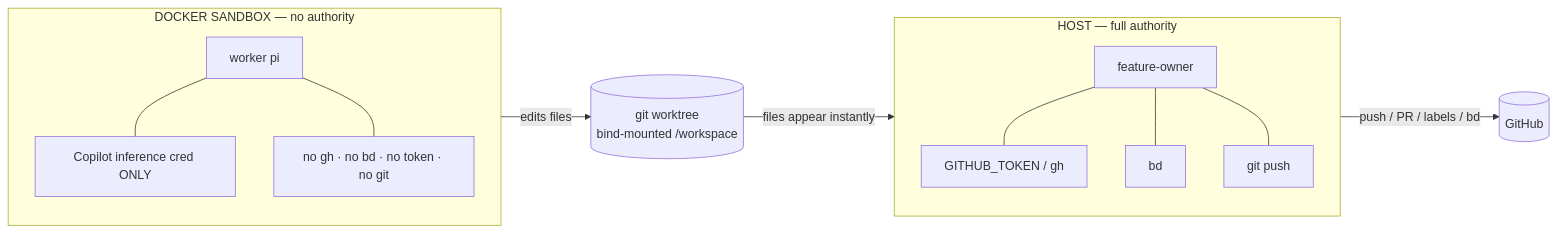
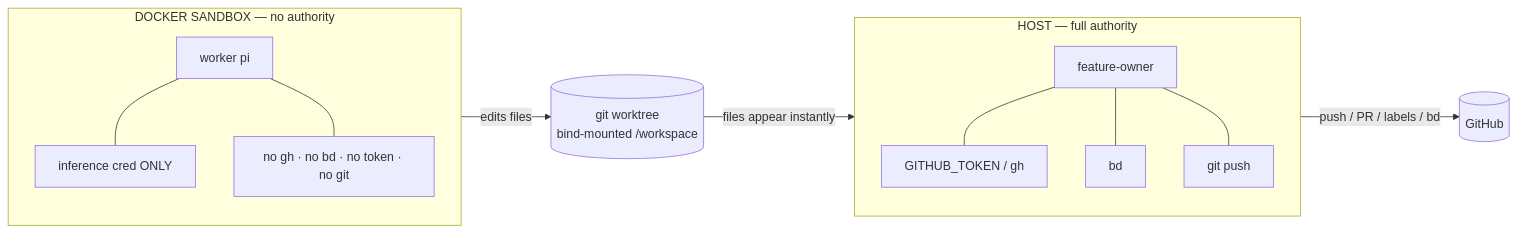
One commit to jovaneyck/software-factory-demo changed the fifth of 7 diagrams in .agents/FACTORY.md. Above: the diagram before and after it, drawn with Mermaid. The commit also changed other lines of this file and 6 other files, not shown here.

````diff
--- a/.agents/FACTORY.md
+++ b/.agents/FACTORY.md
@@ -211,25 +211,25 @@
 ```mermaid
 flowchart LR
   subgraph host[HOST — full authority]
     direction TB
     FO[feature-owner]
     GHT[GITHUB_TOKEN / gh]
     BDH[bd]
     GITH[git push]
     FO --- GHT
     FO --- BDH
     FO --- GITH
   end
   subgraph box[DOCKER SANDBOX — no authority]
     direction TB
     WK[worker pi]
-    CRED[Copilot inference cred ONLY]
+    CRED[inference cred ONLY]
     NOAUTH[no gh · no bd · no token · no git]
     WK --- CRED
     WK --- NOAUTH
   end
   WT[(git worktree<br/>bind-mounted /workspace)]
   WK -->|edits files| WT
   WT -->|files appear instantly| FO
   FO -->|push / PR / labels / bd| GH2[(GitHub)]
 ```
````
